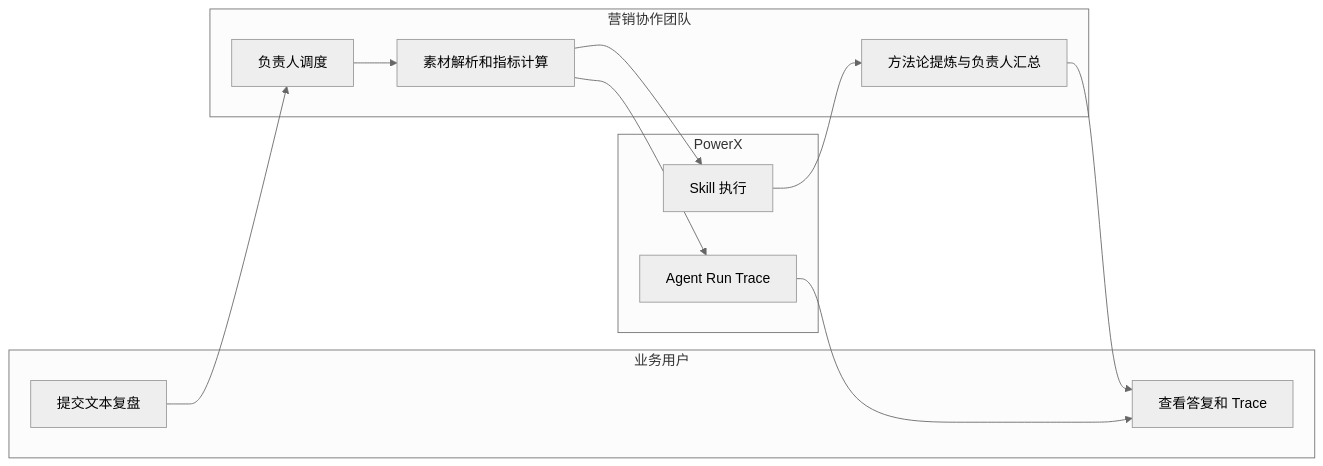
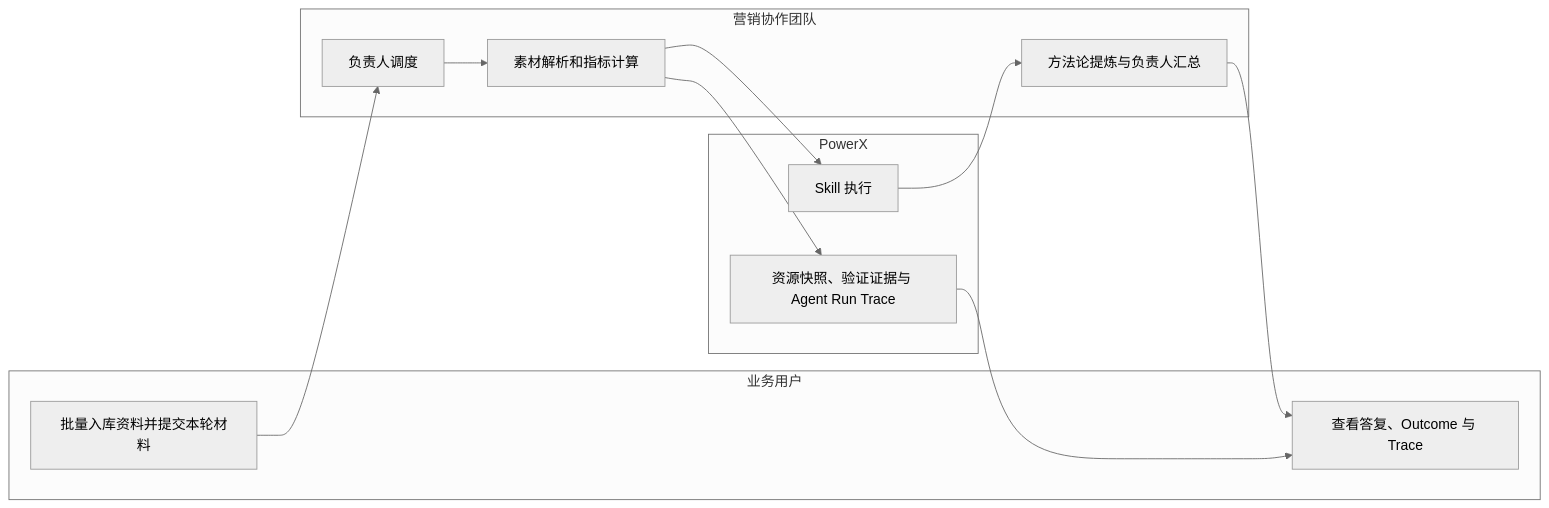
One commit to ArtisanCloud/PowerX changed the second of 2 diagrams in docs/guides/agent/native_agents/marketing-knowledge-demo/team-campaign-review.md. Above: the diagram before and after it, drawn with Mermaid (neutral theme). The commit also changed other lines of this file and 252 other files, not shown here.

````diff
--- a/docs/guides/agent/native_agents/marketing-knowledge-demo/team-campaign-review.md
+++ b/docs/guides/agent/native_agents/marketing-knowledge-demo/team-campaign-review.md
@@ -28,18 +30,18 @@
 ```mermaid
 flowchart LR
   subgraph User[业务用户]
-    U1[提交文本复盘]
-    U2[查看答复和 Trace]
+    U1[批量入库资料并提交本轮材料]
+    U2[查看答复、Outcome 与 Trace]
   end
   subgraph Team[营销协作团队]
     T1[负责人调度]
     T2[素材解析和指标计算]
     T3[方法论提炼与负责人汇总]
   end
   subgraph Platform[PowerX]
     P1[Skill 执行]
-    P2[Agent Run Trace]
+    P2[资源快照、验证证据与 Agent Run Trace]
   end
   U1 --> T1 --> T2 --> P1 --> T3 --> U2
   T2 --> P2 --> U2
 ```
````
